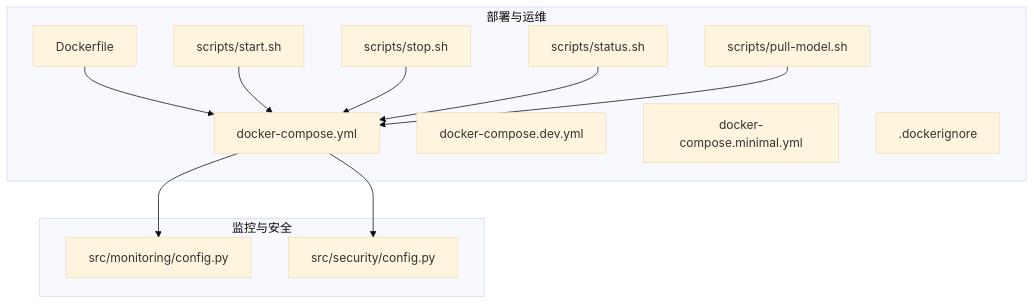
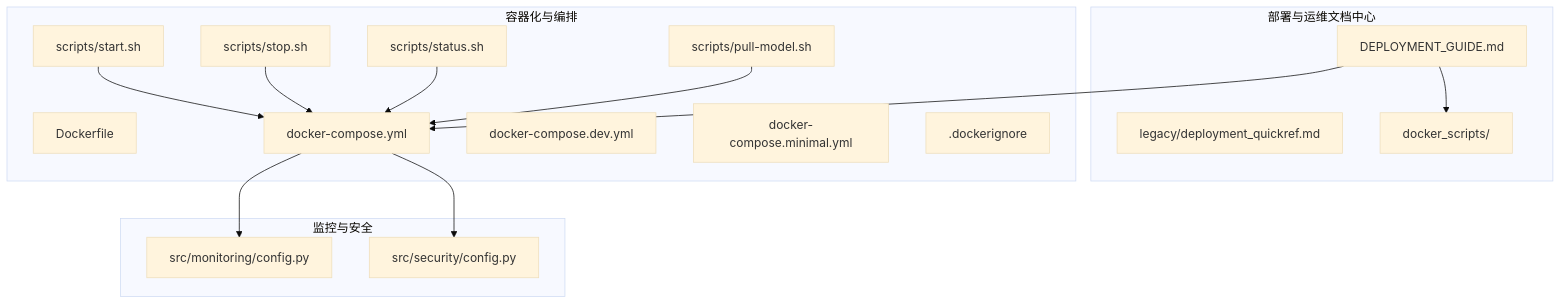
One commit to JieGaoPrinceton/NecoRAG changed the first of 6 diagrams in .qoder/repowiki/zh/content/部署与运维/部署与运维.md. Above: the diagram before and after it, drawn with Mermaid (base theme). The commit also changed other lines of this file and 95 other files, not shown here.

````diff
--- a/.qoder/repowiki/zh/content/部署与运维/部署与运维.md
+++ b/.qoder/repowiki/zh/content/部署与运维/部署与运维.md
@@ -56,25 +66,31 @@
 ```mermaid
 graph TB
-subgraph "部署与运维"
+subgraph "部署与运维文档中心"
+DG["DEPLOYMENT_GUIDE.md"]
+LDR["legacy/deployment_quickref.md"]
+DS["docker_scripts/"]
+end
+subgraph "容器化与编排"
 DF["Dockerfile"]
 DC["docker-compose.yml"]
 DCD["docker-compose.dev.yml"]
 DCM["docker-compose.minimal.yml"]
 DK[".dockerignore"]
 S1["scripts/start.sh"]
 S2["scripts/stop.sh"]
 S3["scripts/status.sh"]
 S4["scripts/pull-model.sh"]
 end
 subgraph "监控与安全"
 MC["src/monitoring/config.py"]
 SC["src/security/config.py"]
 end
-DF --> DC
+DG --> DC
+DG --> DS
 DC --> MC
 DC --> SC
 S1 --> DC
 S2 --> DC
 S3 --> DC
 S4 --> DC
 ```
````
